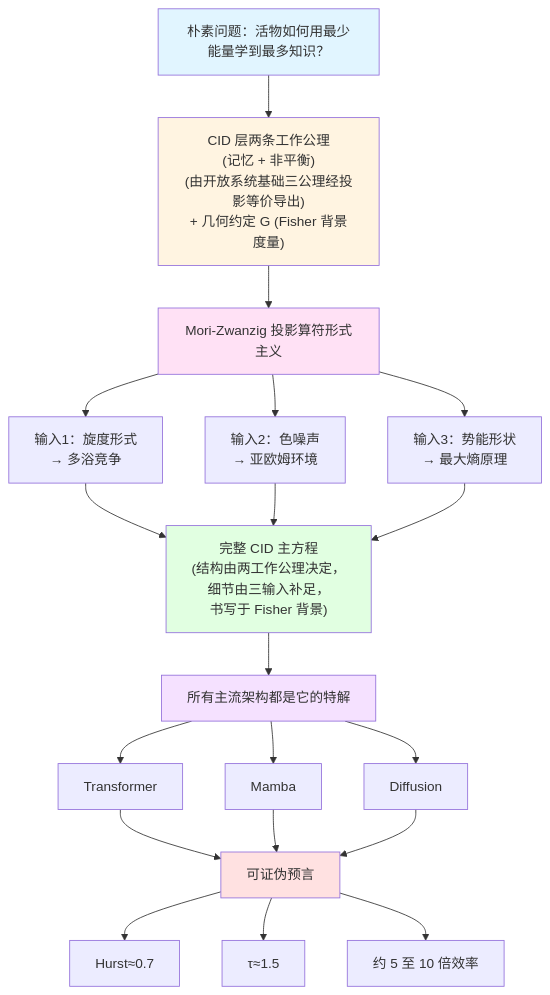
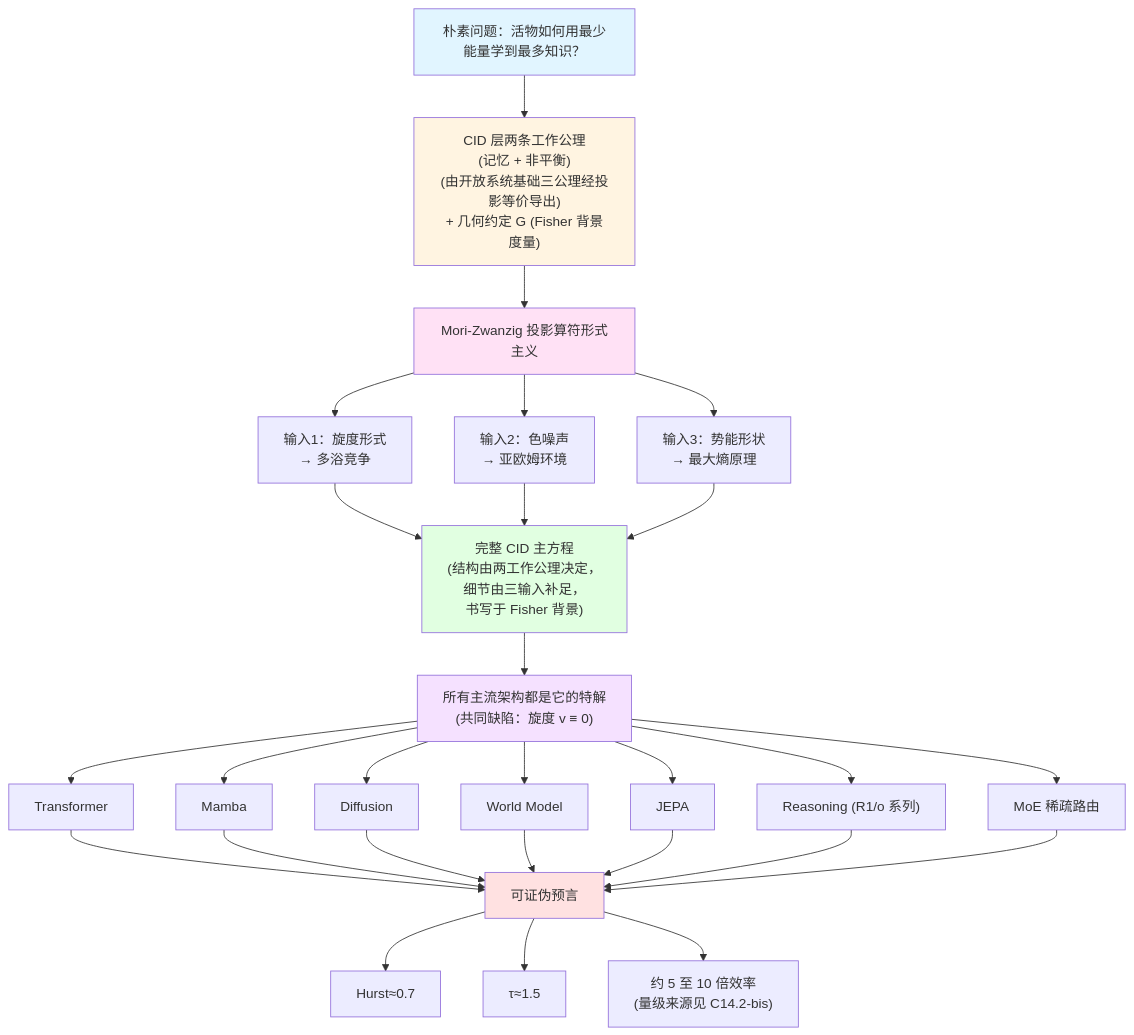
One commit to gwailee/uid changed the diagram in theory.md. Above: the diagram before and after it, drawn with Mermaid.

````diff
--- a/theory.md
+++ b/theory.md
@@ -227,44 +227,56 @@
 ```mermaid
 graph TD
     A["朴素问题：活物如何用最少能量学到最多知识？"]
     B["CID 层两条工作公理<br/>(记忆 + 非平衡)<br/>(由开放系统基础三公理经投影等价导出)<br/>+ 几何约定 G (Fisher 背景度量)"]
     C["Mori-Zwanzig 投影算符形式主义"]
     D1["输入1：旋度形式<br/>→ 多浴竞争"]
     D2["输入2：色噪声<br/>→ 亚欧姆环境"]
     D3["输入3：势能形状<br/>→ 最大熵原理"]
     E["完整 CID 主方程<br/>(结构由两工作公理决定，<br/>细节由三输入补足，<br/>书写于 Fisher 背景)"]
-    F["所有主流架构都是它的特解"]
+    F["所有主流架构都是它的特解<br/>(共同缺陷：旋度 v ≡ 0)"]
     G1["Transformer"]
     G2["Mamba"]
     G3["Diffusion"]
+    G4["World Model"]
+    G5["JEPA"]
+    G6["Reasoning (R1/o 系列)"]
+    G7["MoE 稀疏路由"]
     H["可证伪预言"]
     I1["Hurst≈0.7"]
     I2["τ≈1.5"]
-    I3["约 5 至 10 倍效率"]
+    I3["约 5 至 10 倍效率<br/>(量级来源见 C14.2-bis)"]
 
     A --> B
     B --> C
     C --> D1
     C --> D2
     C --> D3
     D1 --> E
     D2 --> E
     D3 --> E
     E --> F
     F --> G1
     F --> G2
     F --> G3
+    F --> G4
+    F --> G5
+    F --> G6
+    F --> G7
     G1 --> H
     G2 --> H
     G3 --> H
+    G4 --> H
+    G5 --> H
+    G6 --> H
+    G7 --> H
     H --> I1
     H --> I2
     H --> I3
 
     style A fill:#e1f5ff
     style B fill:#fff4e1
     style C fill:#ffe1f5
     style E fill:#e1ffe1
     style F fill:#f5e1ff
     style H fill:#ffe1e1
 ```
````
